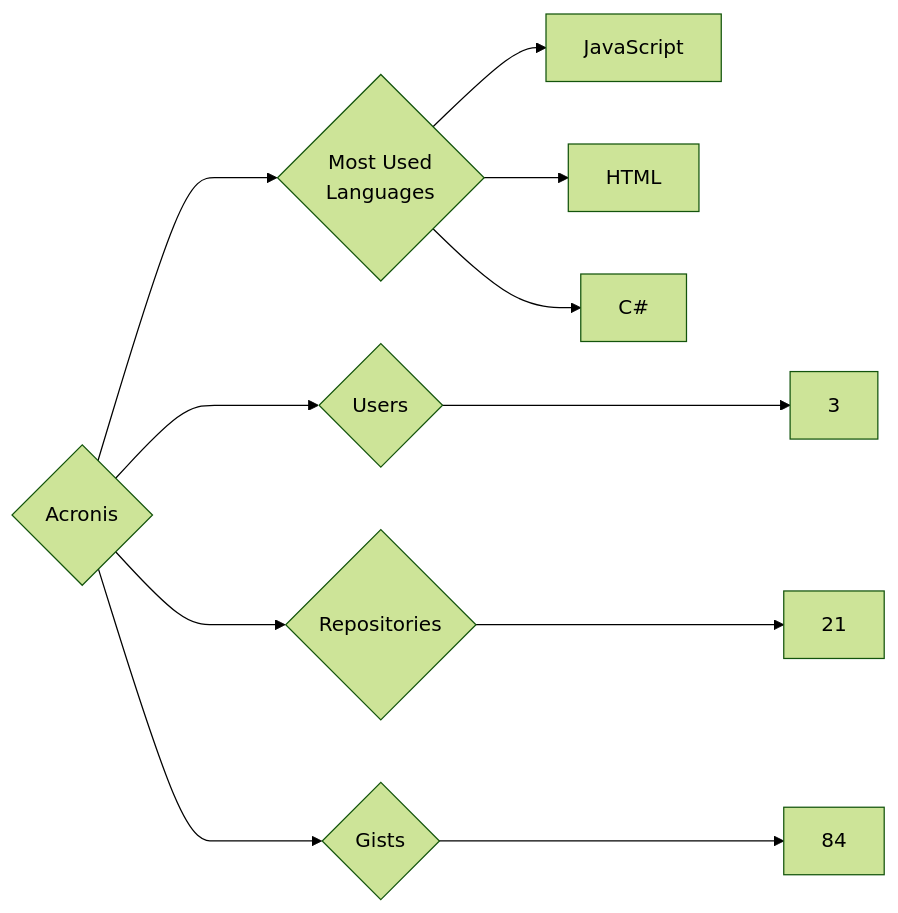
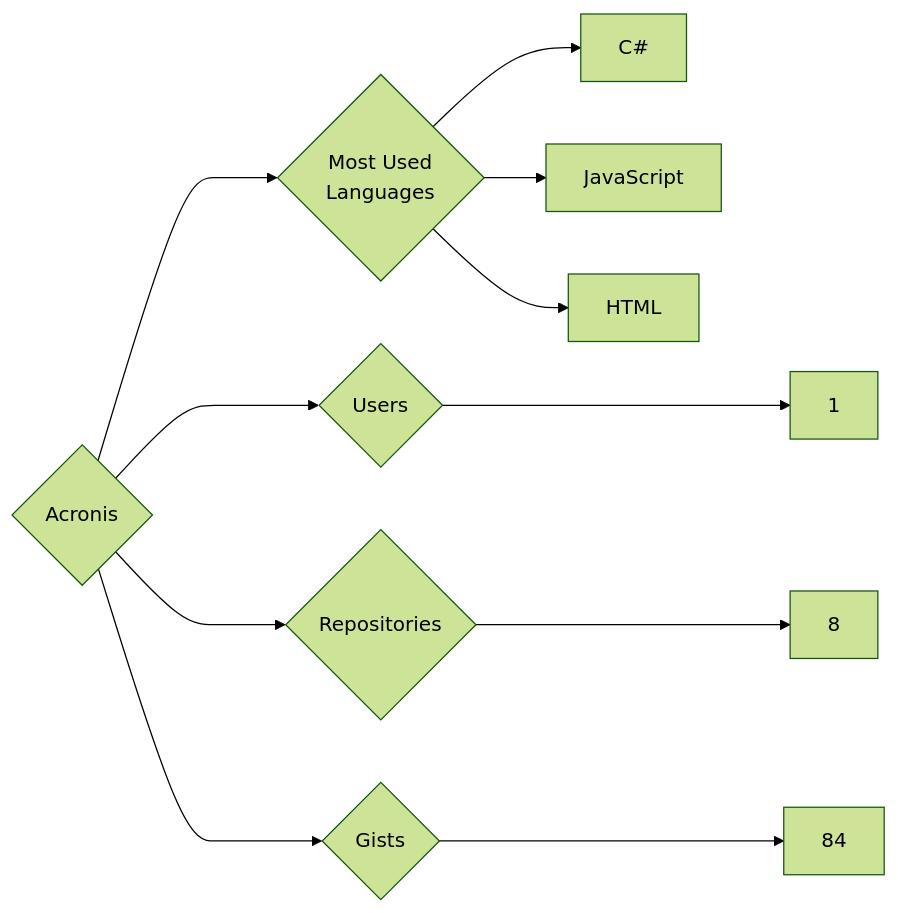
Before and after one commit to trickest/insiders: the diagram in targets/Acronis/README.md, drawn with Mermaid (forest theme). The commit also changed 614 other files, not shown here.

````diff
--- a/targets/Acronis/README.md
+++ b/targets/Acronis/README.md
@@ -3,11 +3,11 @@
 ```mermaid
 graph LR
 COMPANY_NAME{Acronis}
-COMPANY_NAME ---> U{Users} ---> UN[3]
-COMPANY_NAME ---> R{Repositories} ---> RN[21]
+COMPANY_NAME ---> U{Users} ---> UN[1]
+COMPANY_NAME ---> R{Repositories} ---> RN[8]
 COMPANY_NAME ---> G{Gists} ---> GN[84]
 COMPANY_NAME ---> ML{Most Used<br>Languages}
+ML --> C#[C#]
 ML --> JavaScript[JavaScript]
 ML --> HTML[HTML]
-ML --> C#[C#]
 ```
````
